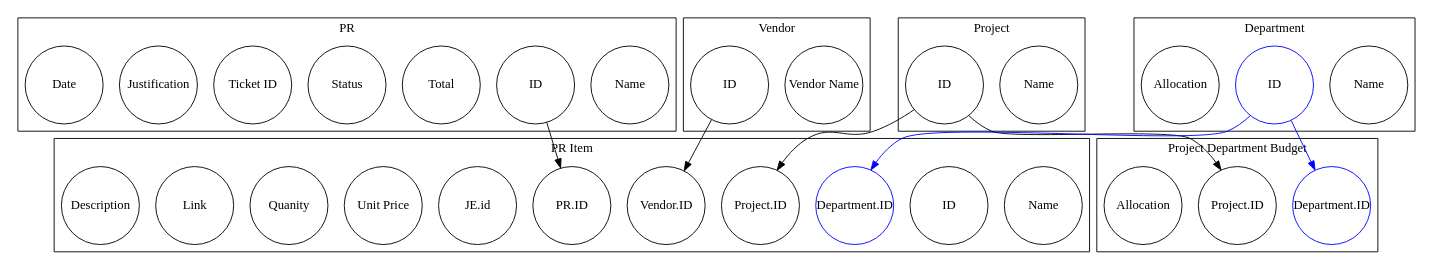
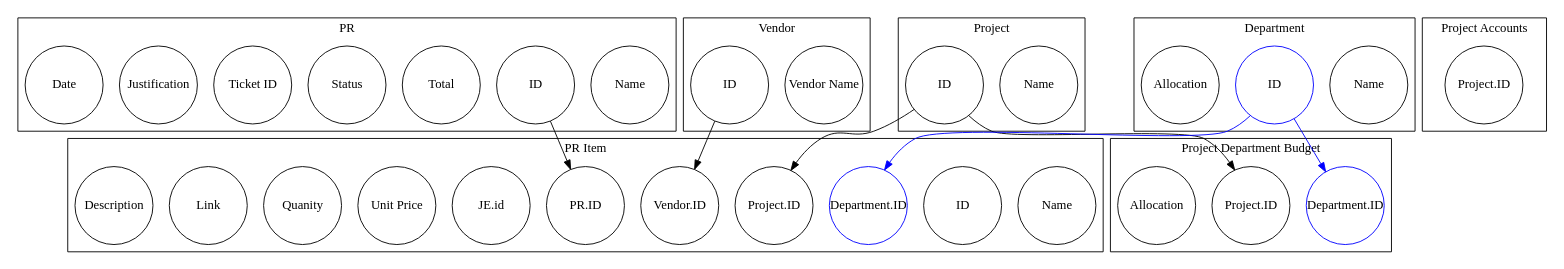
The diagram in docs/erd.dot (Mines-Little-Theatre/MinesLedgerTracker), drawn with Graphviz before and after one commit. The commit also changed 6 other files, not shown here.

```diff
--- a/docs/erd.dot
+++ b/docs/erd.dot
@@ -1,70 +1,75 @@
 digraph {
     compound=true;
     node [shape=circle, fixedsize=true, height=1.2]
 
     subgraph cluster_pr {
         label="PR"
         pr_name [label="Name"];
         pr_id [label="ID"];
         pr_total [label="Total"];
         pr_status [label="Status"];
         pr_ticket_id [label="Ticket ID"]
         pr_justification [label="Justification"];
         pr_date [label="Date"];
     }
 
     subgraph cluster_pr_item {
         label="PR Item"
         pr_item_name [label="Name"];
         pr_item_id [label="ID"];
         pr_item_pr_id [label="PR.ID"];
         pr_item_project_id [label="Project.ID"];
         pr_item_dep_id [label="Department.ID", color=blue];
         pr_item_vendor_id [label="Vendor.ID"];
         pr_item_je_id [label="JE.id"];
         pr_item_unit_price [label="Unit Price"]; 
         pr_item_quanity [label="Quanity"];
         pr_item_link [label="Link"];
         pr_item_description [label="Description"];
     }
 
     subgraph cluster_project {
         label="Project"
         project_name [label="Name"];
         project_id [label="ID"];
     }
 
     subgraph cluster_project_dep_budget {
         label="Project Department Budget"
         project_dep_project_id [label="Project.ID"];
         project_dep_dep_id [label="Department.ID", color=blue];
         project_dep_allocation [label="Allocation"];
     }
 
     subgraph cluster_department {
         label="Department"
         dep_name [label="Name"];
         dep_id [label="ID", color=blue];
         dep_allocation [label="Allocation"];
     }
 
     subgraph cluster_vendor {
         label="Vendor"
         vendor_name [label="Vendor Name"];
         vendor_id [label="ID"];
     }
 
+    subgraph cluster_project_acc_map {
+        label="Project Accounts"
+        project_acc_map_project_id [label="Project.ID"]
+    }
+
     // ok so this is where the first major design descision comes in
     // We will be using double entry accounting
     subgraph cluster_je {
         label="Journal Entry"
     }
 
     pr_id -> pr_item_pr_id;
     project_id -> pr_item_project_id;
     project_id -> project_dep_project_id;
     dep_id -> project_dep_dep_id [color=blue];
     dep_id -> pr_item_dep_id [color=blue];
     vendor_id -> pr_item_vendor_id;
 
 }
```
